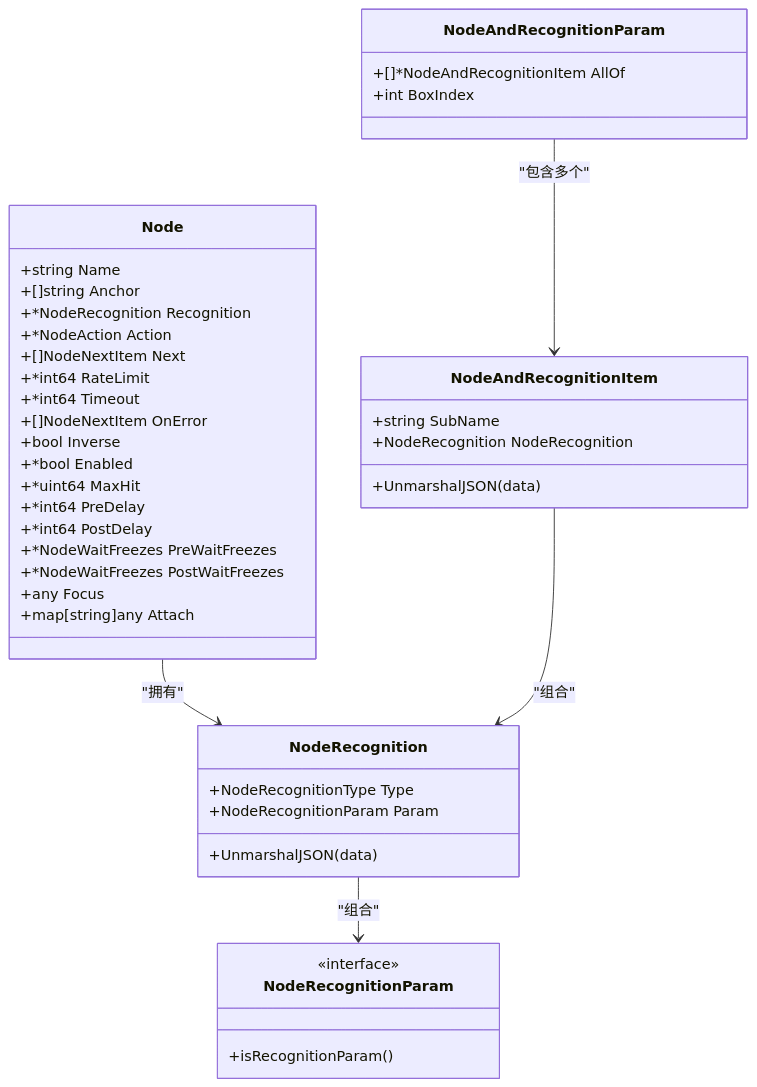
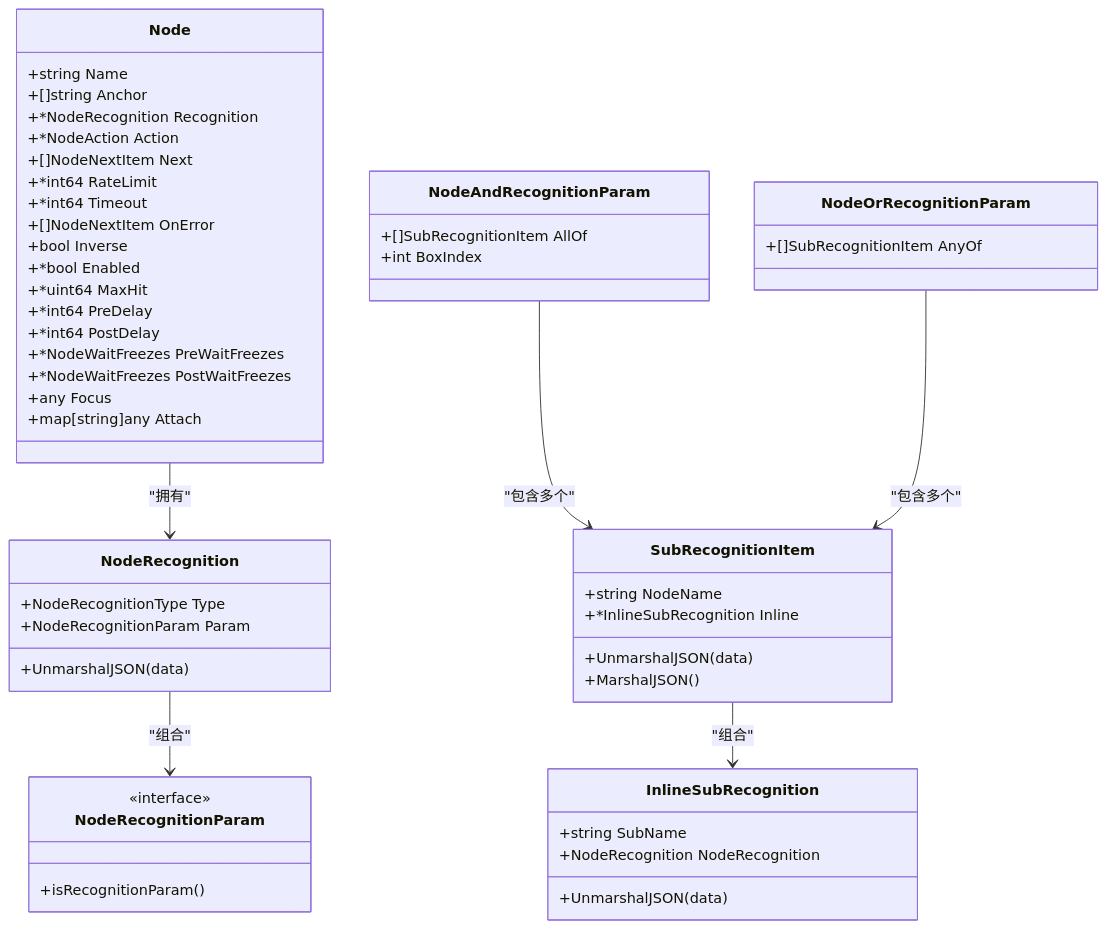
One commit to kqcoxn/MaaPipelineEditor changed the second of 4 diagrams in instructions/maafw-golang-binding/高级功能/流水线配置/节点结构详解/识别配置详解/识别配置详解.md. Above: the diagram before and after it, drawn with Mermaid. The commit also changed other lines of this file and 5 other files, not shown here.

````diff
--- a/instructions/maafw-golang-binding/高级功能/流水线配置/节点结构详解/识别配置详解/识别配置详解.md
+++ b/instructions/maafw-golang-binding/高级功能/流水线配置/节点结构详解/识别配置详解/识别配置详解.md
@@ -79,44 +87,54 @@
 ```mermaid
 classDiagram
 class Node {
 +string Name
 +[]string Anchor
 +*NodeRecognition Recognition
 +*NodeAction Action
 +[]NodeNextItem Next
 +*int64 RateLimit
 +*int64 Timeout
 +[]NodeNextItem OnError
 +bool Inverse
 +*bool Enabled
 +*uint64 MaxHit
 +*int64 PreDelay
 +*int64 PostDelay
 +*NodeWaitFreezes PreWaitFreezes
 +*NodeWaitFreezes PostWaitFreezes
 +any Focus
 +map[string]any Attach
 }
 class NodeRecognition {
 +NodeRecognitionType Type
 +NodeRecognitionParam Param
 +UnmarshalJSON(data)
 }
 class NodeRecognitionParam {
 <<interface>>
 +isRecognitionParam()
 }
-class NodeAndRecognitionItem {
+class SubRecognitionItem {
++string NodeName
++*InlineSubRecognition Inline
++UnmarshalJSON(data)
++MarshalJSON()
+}
+class InlineSubRecognition {
 +string SubName
 +NodeRecognition NodeRecognition
 +UnmarshalJSON(data)
 }
 class NodeAndRecognitionParam {
-+[]*NodeAndRecognitionItem AllOf
++[]SubRecognitionItem AllOf
 +int BoxIndex
+}
+class NodeOrRecognitionParam {
++[]SubRecognitionItem AnyOf
 }
 Node --> NodeRecognition : "拥有"
 NodeRecognition --> NodeRecognitionParam : "组合"
-NodeAndRecognitionParam --> NodeAndRecognitionItem : "包含多个"
-NodeAndRecognitionItem --> NodeRecognition : "组合"
+NodeAndRecognitionParam --> SubRecognitionItem : "包含多个"
+NodeOrRecognitionParam --> SubRecognitionItem : "包含多个"
+SubRecognitionItem --> InlineSubRecognition : "组合"
 ```
````
